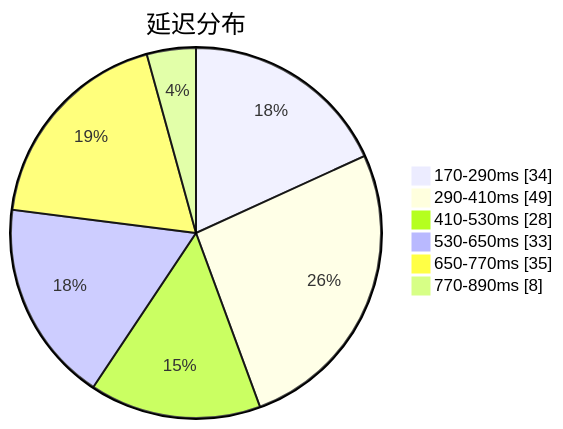
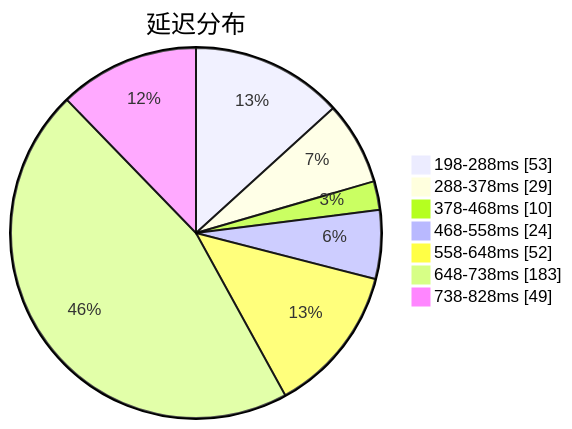
Before and after one commit to qjlxg/airport: the first of 3 diagrams in subs/statistics/tested_within.md, drawn with Mermaid. The commit also changed other lines of this file and 2 other files, not shown here.

````diff
--- a/subs/statistics/tested_within.md
+++ b/subs/statistics/tested_within.md
@@ -2,10 +2,11 @@
 ```mermaid
 pie showData
 title 延迟分布
-"170-290ms" : 34
-"290-410ms" : 49
-"410-530ms" : 28
-"530-650ms" : 33
-"650-770ms" : 35
-"770-890ms" : 8
+"198-288ms" : 53
+"288-378ms" : 29
+"378-468ms" : 10
+"468-558ms" : 24
+"558-648ms" : 52
+"648-738ms" : 183
+"738-828ms" : 49
 ```
````
